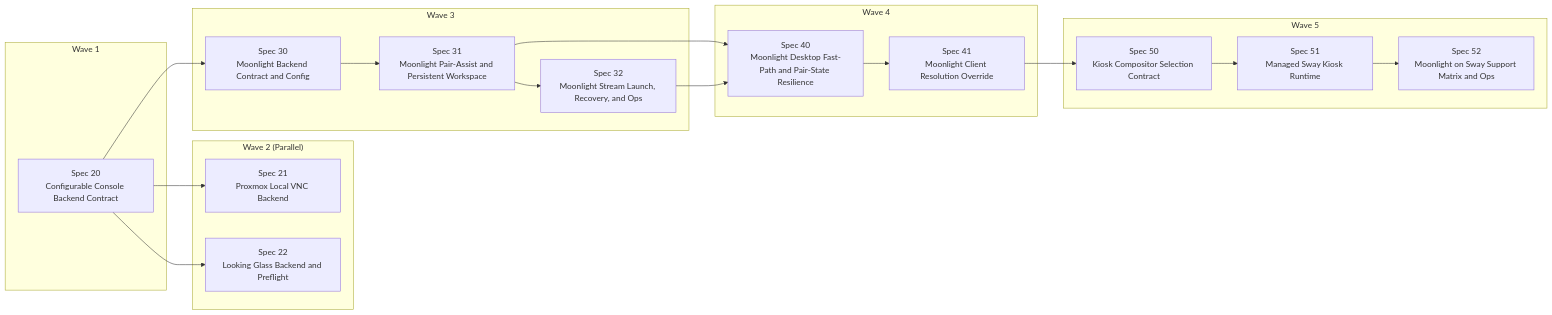
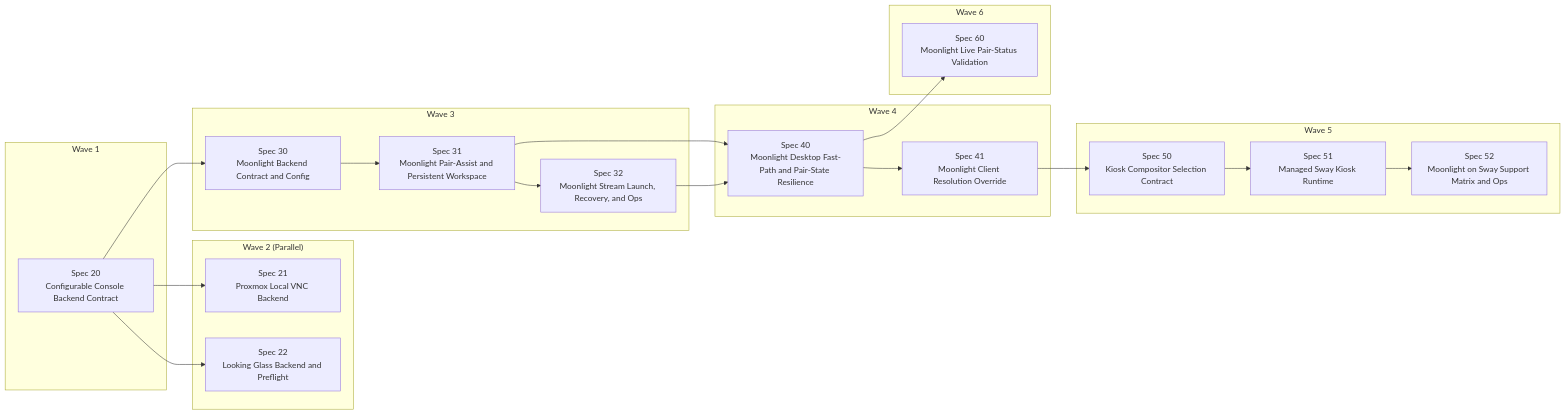
One commit to tpdns90321/RelayInnerDisplayScript changed the diagram in specs/README.md. Above: the diagram before and after it, drawn with Mermaid. The commit also changed other lines of this file and 7 other files, not shown here.

Commit message:
hotfix: validate moonlight pairing from live PairStatus

````diff
--- a/specs/README.md
+++ b/specs/README.md
@@ -93,40 +98,45 @@
 ```mermaid
 flowchart LR
     subgraph Wave_1["Wave 1"]
         S20["Spec 20\nConfigurable Console Backend Contract"]
     end
 
     subgraph Wave_2["Wave 2 (Parallel)"]
         S21["Spec 21\nProxmox Local VNC Backend"]
         S22["Spec 22\nLooking Glass Backend and Preflight"]
     end
 
     subgraph Wave_3["Wave 3"]
         S30["Spec 30\nMoonlight Backend Contract and Config"]
         S31["Spec 31\nMoonlight Pair-Assist and Persistent Workspace"]
         S32["Spec 32\nMoonlight Stream Launch, Recovery, and Ops"]
     end
 
     subgraph Wave_4["Wave 4"]
         S40["Spec 40\nMoonlight Desktop Fast-Path and Pair-State Resilience"]
         S41["Spec 41\nMoonlight Client Resolution Override"]
     end
 
     subgraph Wave_5["Wave 5"]
         S50["Spec 50\nKiosk Compositor Selection Contract"]
         S51["Spec 51\nManaged Sway Kiosk Runtime"]
         S52["Spec 52\nMoonlight on Sway Support Matrix and Ops"]
     end
 
+    subgraph Wave_6["Wave 6"]
+        S60["Spec 60\nMoonlight Live Pair-Status Validation"]
+    end
+
     S20 --> S21
     S20 --> S22
     S20 --> S30
     S30 --> S31
     S31 --> S32
     S31 --> S40
     S32 --> S40
     S40 --> S41
     S41 --> S50
     S50 --> S51
     S51 --> S52
+    S40 --> S60
 ```
````
